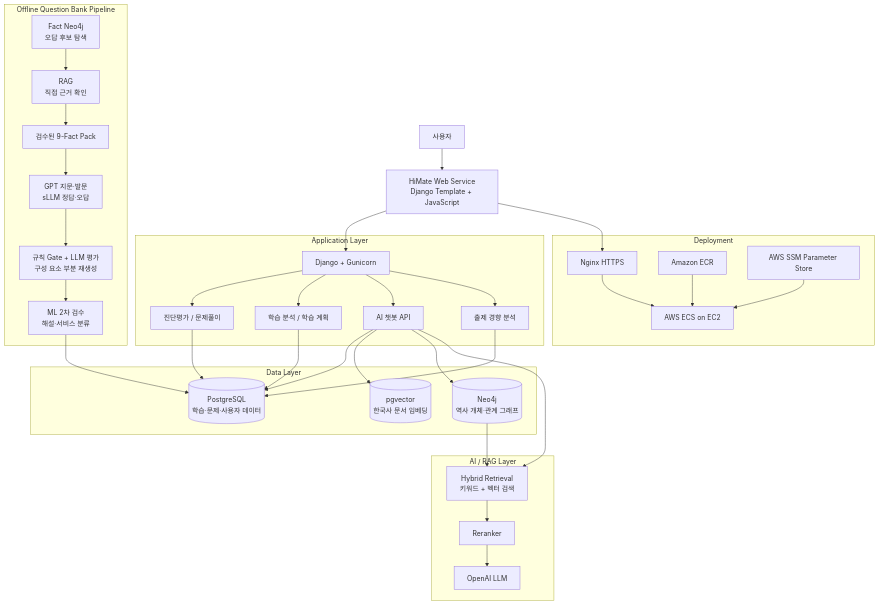
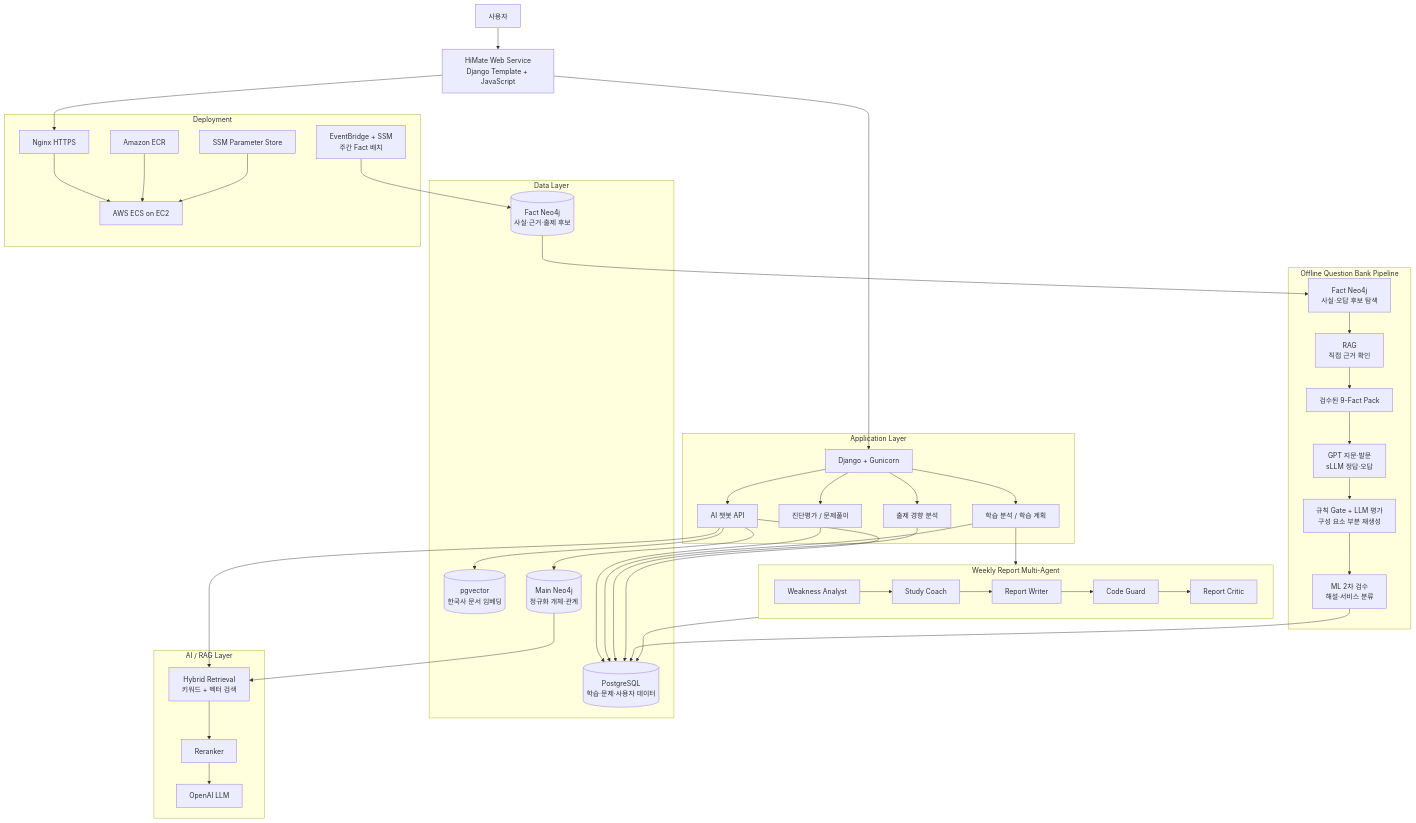
Before and after one commit to SKNETWORKS-FAMILY-AICAMP/SKN27-FINAL-2Team: the first of 2 diagrams in README.md, drawn with Mermaid. The commit also changed other lines of this file and 11 other files, not shown here.

````diff
--- a/README.md
+++ b/README.md
@@ -134,62 +115,75 @@
 ```mermaid
 flowchart TB
     USER["사용자"] --> WEB["HiMate Web Service<br/>Django Template + JavaScript"]
 
     subgraph APP["Application Layer"]
         DJANGO["Django + Gunicorn"]
         DIAGNOSIS["진단평가 / 문제풀이"]
         ANALYTICS["학습 분석 / 학습 계획"]
         CHATBOT["AI 챗봇 API"]
         TREND["출제 경향 분석"]
     end
 
     WEB --> DJANGO
     DJANGO --> DIAGNOSIS
     DJANGO --> ANALYTICS
     DJANGO --> CHATBOT
     DJANGO --> TREND
 
     subgraph DATA["Data Layer"]
         POSTGRES[("PostgreSQL<br/>학습·문제·사용자 데이터")]
         PGVECTOR[("pgvector<br/>한국사 문서 임베딩")]
-        NEO4J[("Neo4j<br/>역사 개체·관계 그래프")]
+        MAIN_GRAPH[("Main Neo4j<br/>정규화 개체·관계")]
+        FACT_GRAPH[("Fact Neo4j<br/>사실·근거·출제 후보")]
     end
 
     DIAGNOSIS --> POSTGRES
     ANALYTICS --> POSTGRES
     TREND --> POSTGRES
     CHATBOT --> POSTGRES
     CHATBOT --> PGVECTOR
-    CHATBOT --> NEO4J
+    CHATBOT --> MAIN_GRAPH
 
     subgraph AI["AI / RAG Layer"]
         RETRIEVAL["Hybrid Retrieval<br/>키워드 + 벡터 검색"]
         RERANKER["Reranker"]
         LLM["OpenAI LLM"]
     end
 
     CHATBOT --> RETRIEVAL --> RERANKER --> LLM
-    NEO4J --> RETRIEVAL
+    MAIN_GRAPH --> RETRIEVAL
+
+    subgraph REPORT["Weekly Report Multi-Agent"]
+        ANALYST["Weakness Analyst"] --> COACH["Study Coach"]
+        COACH --> WRITER["Report Writer"]
+        WRITER --> GUARD["Code Guard"]
+        GUARD --> CRITIC["Report Critic"]
+    end
+
+    ANALYTICS --> REPORT
+    REPORT --> POSTGRES
 
     subgraph QGENFLOW["Offline Question Bank Pipeline"]
-        QGRAPH["Fact Neo4j<br/>오답 후보 탐색"]
+        QGRAPH["Fact Neo4j<br/>사실·오답 후보 탐색"]
         QEVIDENCE["RAG<br/>직접 근거 확인"]
         PACK["검수된 9-Fact Pack"]
         QGEN["GPT 지문·발문<br/>sLLM 정답·오답"]
         QJUDGE["규칙 Gate + LLM 평가<br/>구성 요소 부분 재생성"]
         QPOST["ML 2차 검수<br/>해설·서비스 분류"]
     end
 
-    QGRAPH --> QEVIDENCE --> PACK --> QGEN --> QJUDGE --> QPOST --> POSTGRES
+    FACT_GRAPH --> QGRAPH --> QEVIDENCE --> PACK --> QGEN --> QJUDGE --> QPOST --> POSTGRES
 
     subgraph DEPLOY["Deployment"]
         NGINX["Nginx HTTPS"]
         ECS["AWS ECS on EC2"]
         ECR["Amazon ECR"]
-        SSM["AWS SSM Parameter Store"]
+        PARAMETER["SSM Parameter Store"]
+        BATCH["EventBridge + SSM<br/>주간 Fact 배치"]
     end
 
     WEB --> NGINX --> ECS
     ECR --> ECS
-    SSM --> ECS
+    PARAMETER --> ECS
+    BATCH --> FACT_GRAPH
 ```
````
